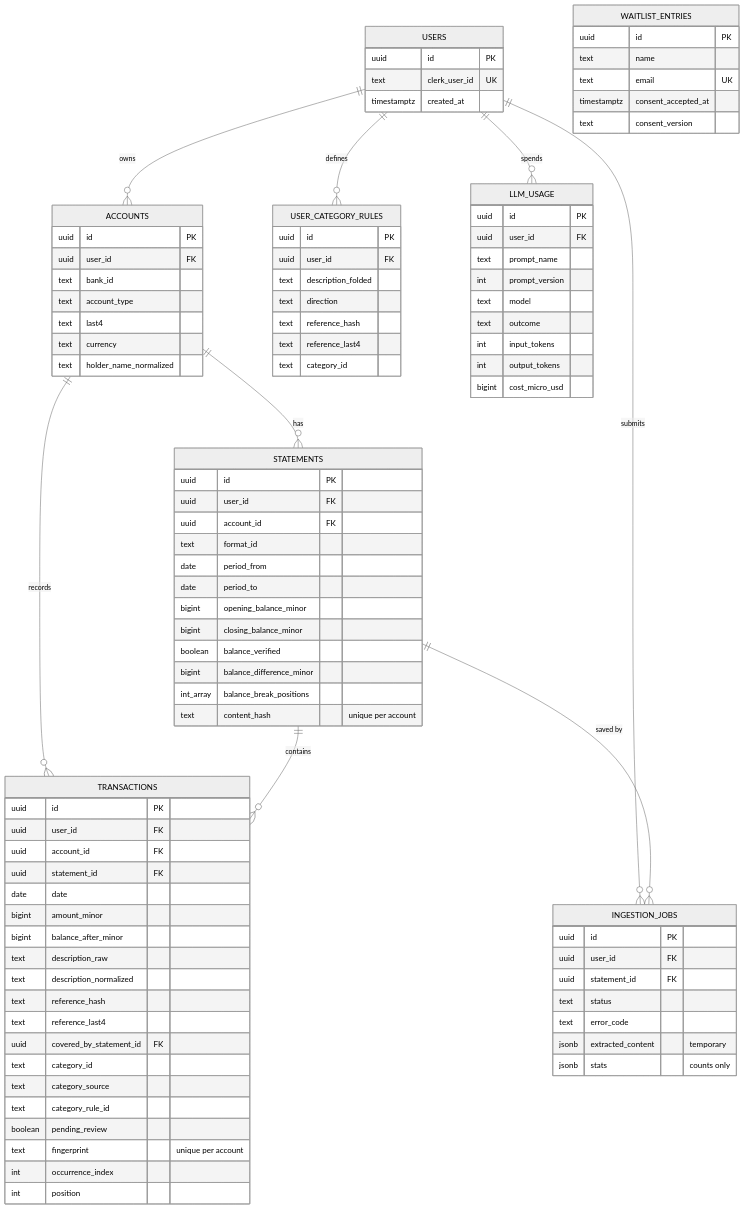
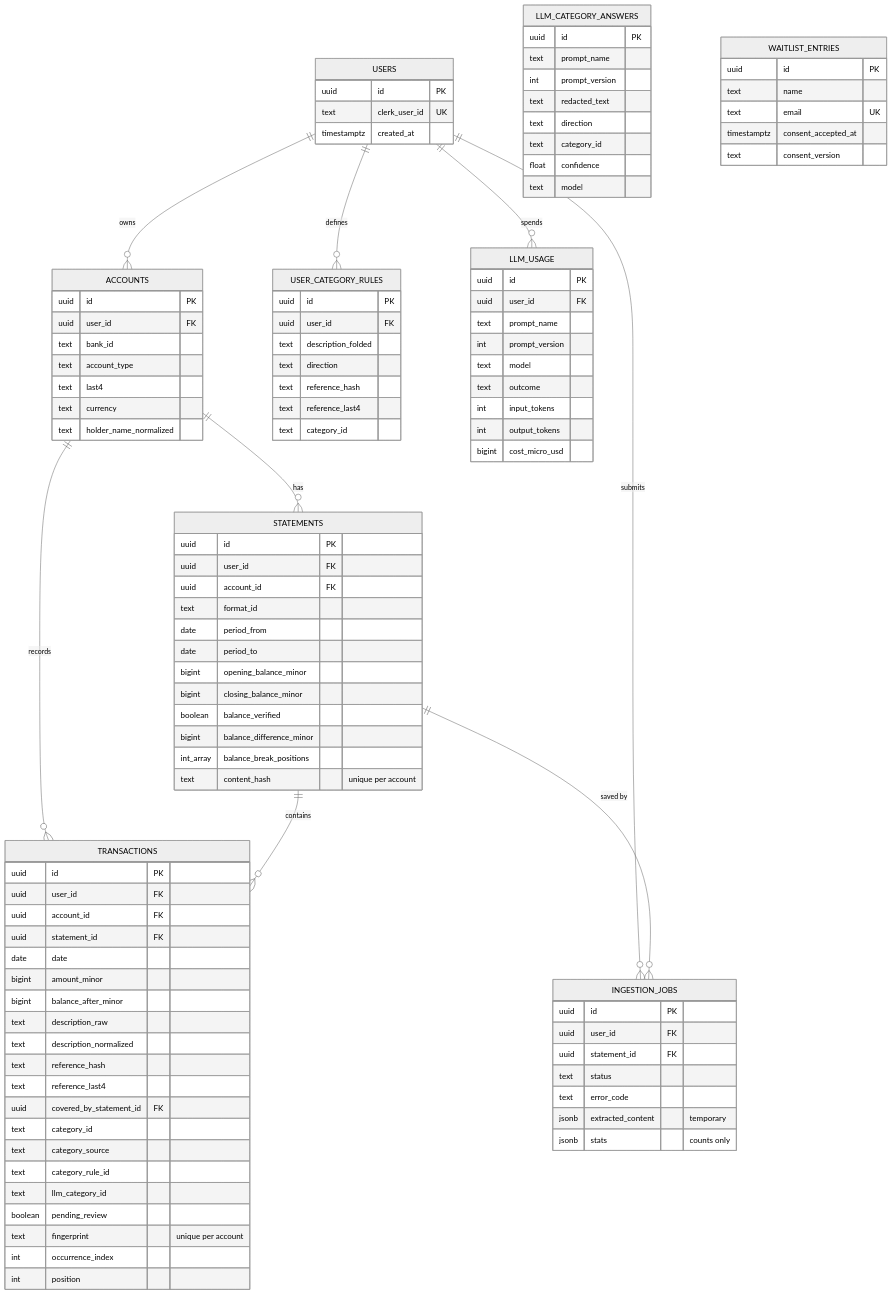
The third of 7 diagrams in docs/ARCHITECTURE.md (ingcarlostello/xtrakto), drawn with Mermaid (neutral theme) before and after one commit. The commit also changed other lines of this file and 22 other files, not shown here.

```diff
--- a/docs/ARCHITECTURE.md
+++ b/docs/ARCHITECTURE.md
@@ -224,6 +224,7 @@
         text category_id
         text category_source
         text category_rule_id
+        text llm_category_id
         boolean pending_review
         text fingerprint "unique per account"
         int occurrence_index
@@ -258,6 +259,16 @@
         int output_tokens
         bigint cost_micro_usd
     }
+    LLM_CATEGORY_ANSWERS {
+        uuid id PK
+        text prompt_name
+        int prompt_version
+        text redacted_text
+        text direction
+        text category_id
+        float confidence
+        text model
+    }
     WAITLIST_ENTRIES {
         uuid id PK
         text name
```
